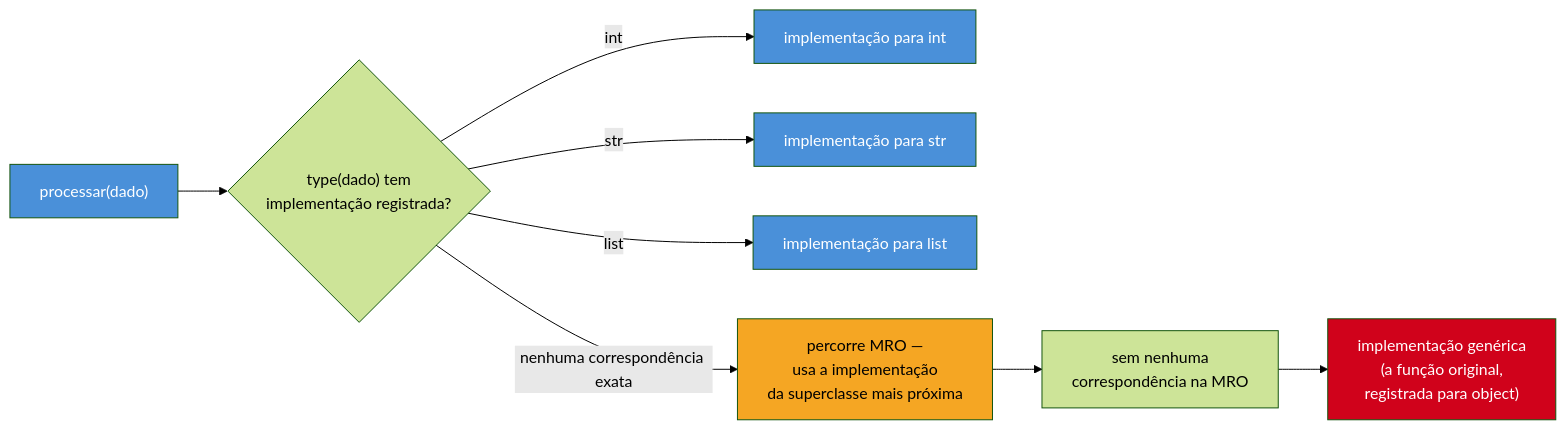
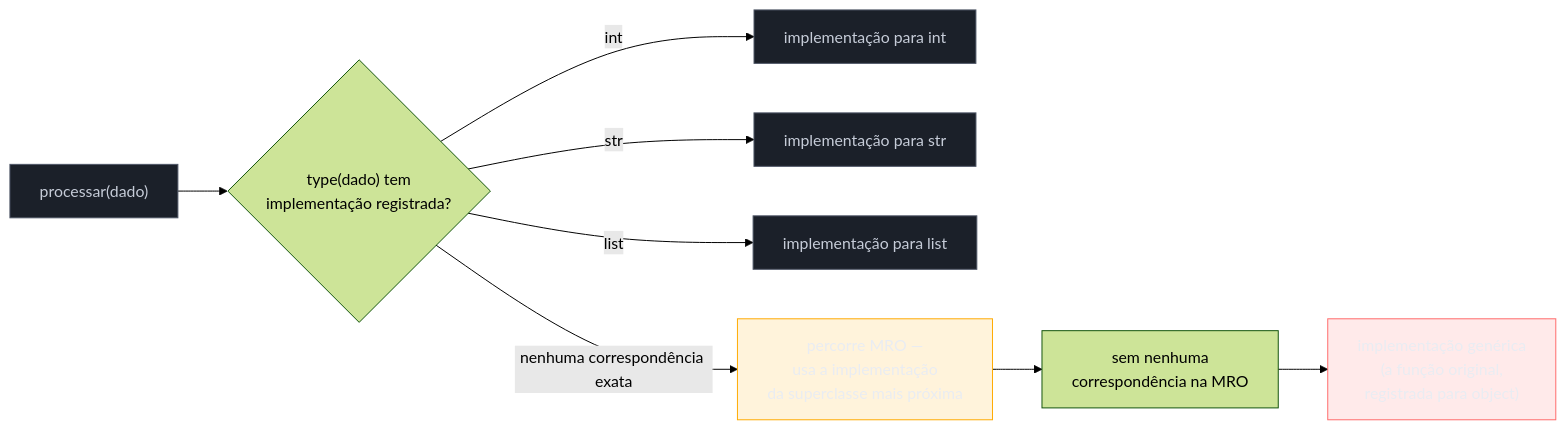
Before and after one commit to josenaldo/codex-technomanticus: the second of 2 diagrams in 03-Dominios/Tecnologia/Python/Funcional e idiomas avançados/07 - functools — ferramentas funcionais.md, drawn with Mermaid (forest theme). The commit also changed other lines of this file and 1181 other files, not shown here.

First line of the commit message:
fix(diagramas): paleta do sistema no lugar de cor cravada no markdown

````diff
--- a/03-Dominios/Tecnologia/Python/Funcional e idiomas avançados/07 - functools — ferramentas funcionais.md
+++ b/03-Dominios/Tecnologia/Python/Funcional e idiomas avançados/07 - functools — ferramentas funcionais.md
@@ -261,17 +263,20 @@
 ```mermaid
 flowchart LR
+    classDef neutro fill:#1B2029,stroke:#4E5666,color:#C6CCD8
+    classDef destaque fill:#FFAA0024,stroke:#FFAA00,color:#E9ECF2
+    classDef falha fill:#FF6B6B24,stroke:#FF6B6B,color:#E9ECF2
     A["processar(dado)"] --> B{"type(dado) tem<br/>implementação registrada?"}
     B -->|"int"| C["implementação para int"]
     B -->|"str"| D["implementação para str"]
     B -->|"list"| E["implementação para list"]
     B -->|"nenhuma correspondência exata"| F["percorre MRO —<br/>usa a implementação<br/>da superclasse mais próxima"]
     F --> G["sem nenhuma<br/>correspondência na MRO"]
     G --> H["implementação genérica<br/>(a função original,<br/>registrada para object)"]
 
-    style A fill:#4A90D9,color:#fff
-    style C fill:#4A90D9,color:#fff
-    style D fill:#4A90D9,color:#fff
-    style E fill:#4A90D9,color:#fff
-    style F fill:#F5A623,color:#000
-    style H fill:#D0021B,color:#fff
+    class A neutro
+    class C neutro
+    class D neutro
+    class E neutro
+    class F destaque
+    class H falha
 ```
````
